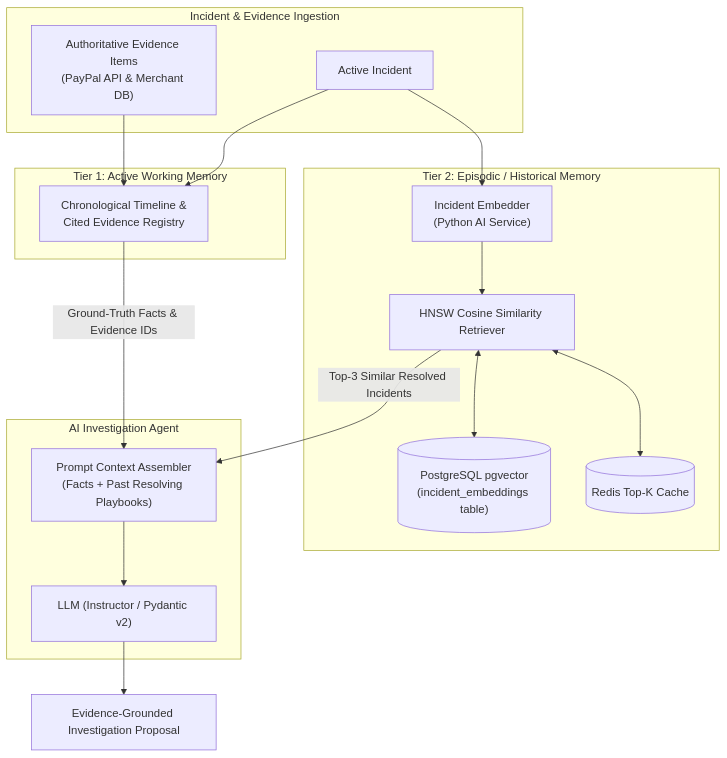
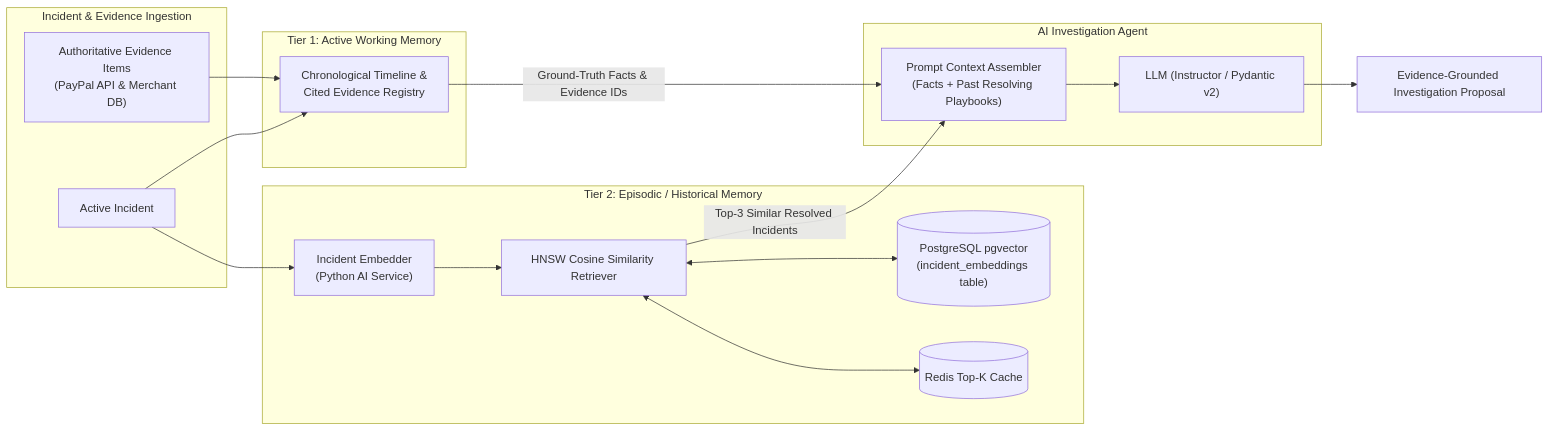
The diagram in deltix_docs/memory/01-memory-architecture.md (Kavisharora12/DelTix), drawn with Mermaid before and after one commit. The commit also changed 8 other files, not shown here.

````diff
--- a/deltix_docs/memory/01-memory-architecture.md
+++ b/deltix_docs/memory/01-memory-architecture.md
@@ -11,34 +11,34 @@
 ```mermaid
-flowchart TB
+flowchart LR
     subgraph INGEST["Incident & Evidence Ingestion"]
       INC["Active Incident"]
       EVID["Authoritative Evidence Items\n(PayPal API & Merchant DB)"]
     end
 
     subgraph TIER1["Tier 1: Active Working Memory"]
       WM["Chronological Timeline &\nCited Evidence Registry"]
     end
 
     subgraph TIER2["Tier 2: Episodic / Historical Memory"]
       EMB["Incident Embedder\n(Python AI Service)"]
       VEC_STORE[("PostgreSQL pgvector\n(incident_embeddings table)")]
       CACHE[("Redis Top-K Cache")]
       RETRIEVER["HNSW Cosine Similarity Retriever"]
     end
 
     subgraph AGENT["AI Investigation Agent"]
       PROMPT["Prompt Context Assembler\n(Facts + Past Resolving Playbooks)"]
       LLM["LLM (Instructor / Pydantic v2)"]
     end
 
     INC --> WM
     EVID --> WM
     INC --> EMB
     EMB --> RETRIEVER
     RETRIEVER <--> CACHE
     RETRIEVER <--> VEC_STORE
     RETRIEVER -->|Top-3 Similar Resolved Incidents| PROMPT
     WM -->|Ground-Truth Facts & Evidence IDs| PROMPT
     PROMPT --> LLM
     LLM --> OUT["Evidence-Grounded Investigation Proposal"]
 ```
````
